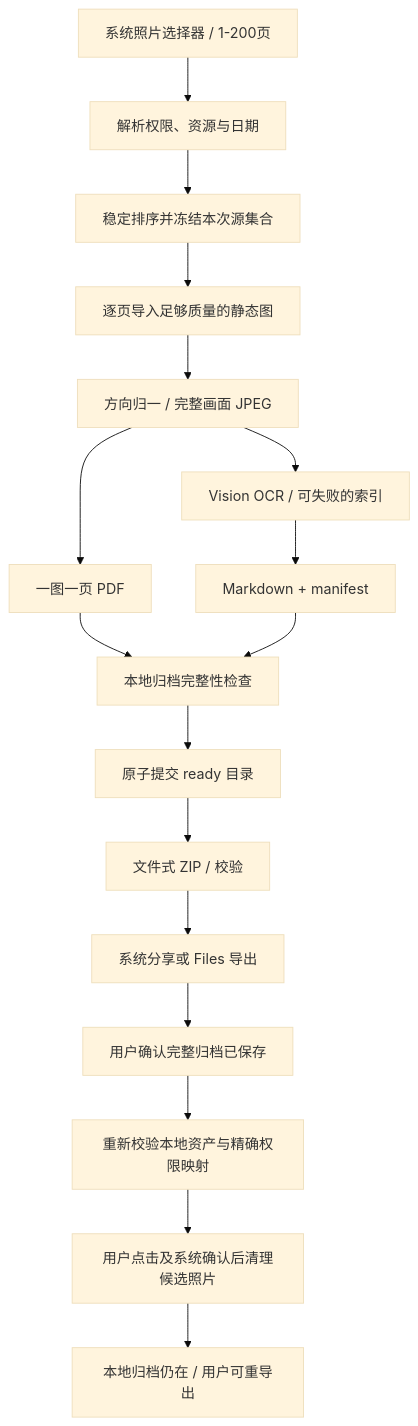
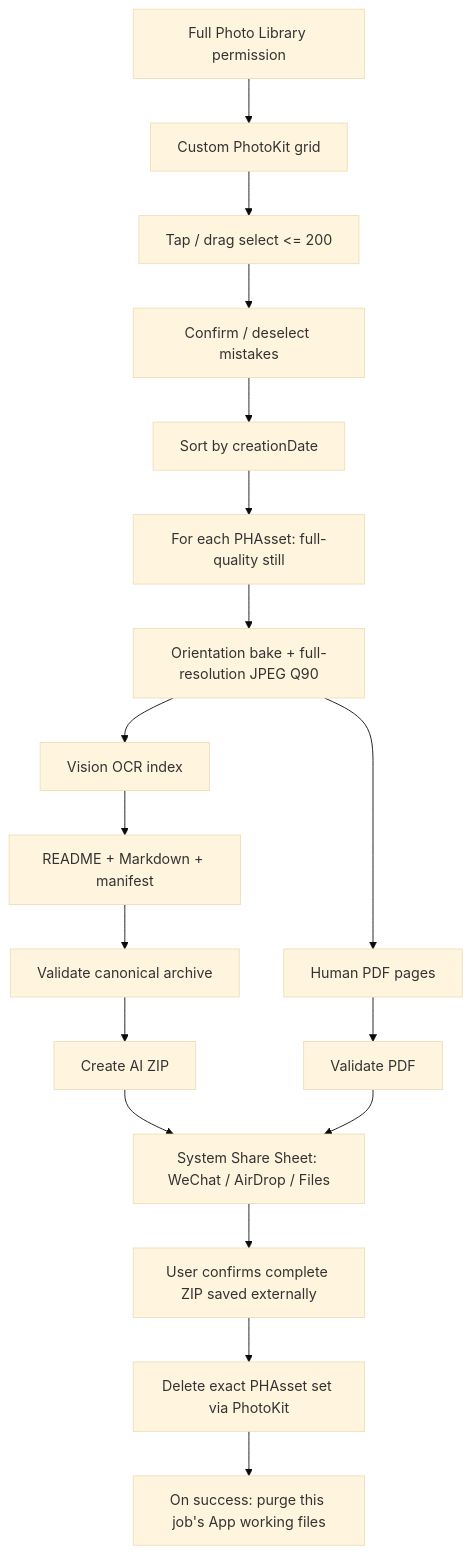
Before and after one commit to Zhangsfish/lecture-asset: the diagram in docs/ARCHITECTURE.md, drawn with Mermaid (base theme). The commit also changed other lines of this file and 23 other files, not shown here.

````diff
--- a/docs/ARCHITECTURE.md
+++ b/docs/ARCHITECTURE.md
@@ -7,19 +7,20 @@
 ```mermaid
 flowchart TD
-    A[系统照片选择器 / 1-200页] --> B[解析权限、资源与日期]
-    B --> C[稳定排序并冻结本次源集合]
-    C --> D[逐页导入足够质量的静态图]
-    D --> E[方向归一 / 完整画面 JPEG]
-    E --> F[Vision OCR / 可失败的索引]
-    E --> G[一图一页 PDF]
-    F --> H[Markdown + manifest]
-    G --> I[本地归档完整性检查]
-    H --> I
-    I --> J[原子提交 ready 目录]
-    J --> K[文件式 ZIP / 校验]
-    K --> L[系统分享或 Files 导出]
-    L --> M[用户确认完整归档已保存]
-    M --> N[重新校验本地资产与精确权限映射]
-    N --> O[用户点击及系统确认后清理候选照片]
-    O --> P[本地归档仍在 / 用户可重导出]
+    A[Full Photo Library permission] --> B[Custom PhotoKit grid]
+    B --> C[Tap / drag select <= 200]
+    C --> D[Confirm / deselect mistakes]
+    D --> E[Sort by creationDate]
+    E --> F[For each PHAsset: full-quality still]
+    F --> G[Orientation bake + full-resolution JPEG Q90]
+    G --> H[Vision OCR index]
+    G --> I[Human PDF pages]
+    H --> J[README + Markdown + manifest]
+    J --> K[Validate canonical archive]
+    K --> L[Create AI ZIP]
+    I --> M[Validate PDF]
+    L --> N[System Share Sheet: WeChat / AirDrop / Files]
+    M --> N
+    N --> O[User confirms complete ZIP saved externally]
+    O --> P[Delete exact PHAsset set via PhotoKit]
+    P --> Q[On success: purge this job's App working files]
 ```
````
